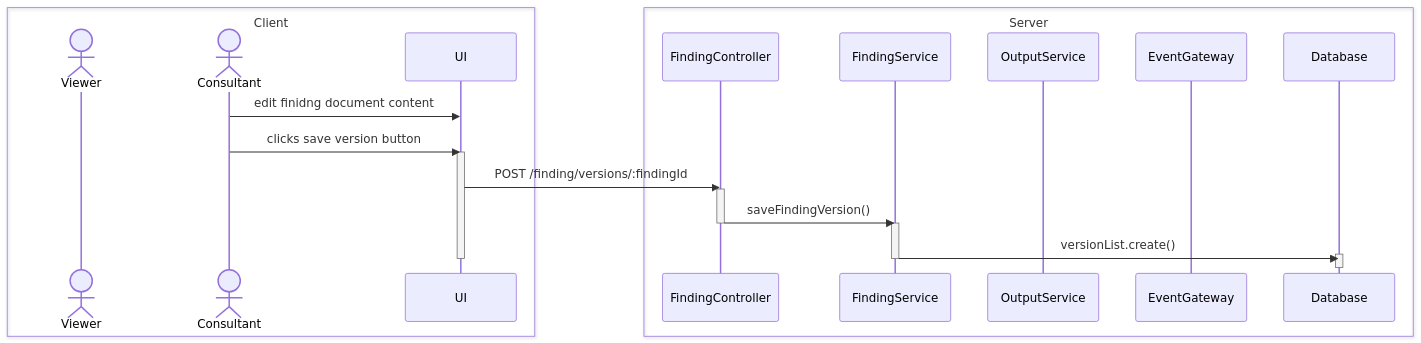
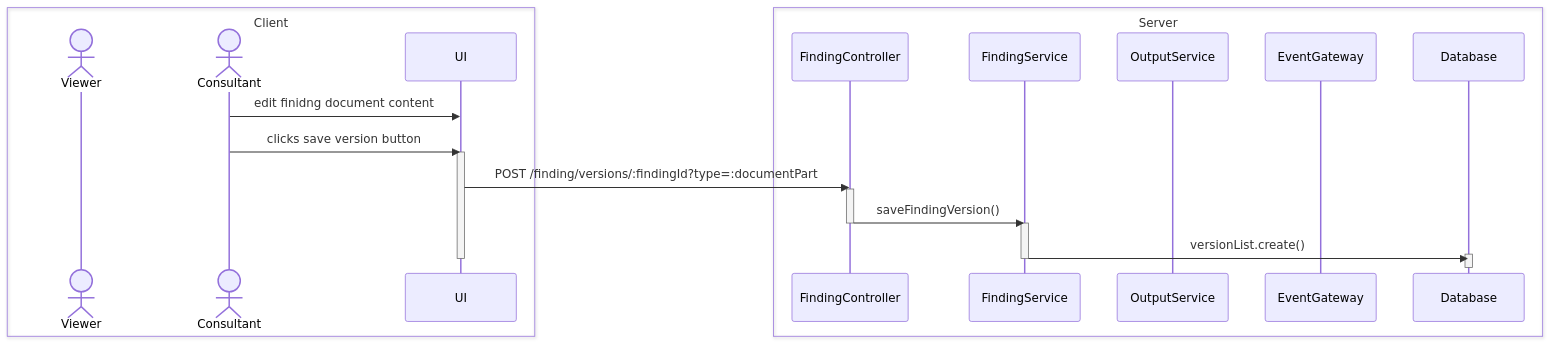
Before and after one commit to williamkmp/sectask-docs: the diagram in sequence-diagram/save-document.md, drawn with Mermaid. The commit also changed 1 other file, not shown here.

````diff
--- a/sequence-diagram/save-document.md
+++ b/sequence-diagram/save-document.md
@@ -3,35 +3,35 @@
 ```mermaid
 
     sequenceDiagram
 
         box Client
         actor Viewer
         actor Consultant
         participant UI
         end
 
         box Server
         participant FindingController
         participant FindingService
         participant OutputService
         participant EventGateway
         participant Database
         end
 
 
         Consultant->>UI: edit finidng document content
         Consultant->>UI: clicks save version button
         activate UI
-        UI->>FindingController: POST /finding/versions/:findingId
+        UI->>FindingController: POST /finding/versions/:findingId?type=:documentPart
         activate FindingController
         FindingController->>FindingService: saveFindingVersion()
         activate FindingService
         deactivate FindingController
         FindingService->>Database: versionList.create()
         activate Database
         deactivate Database
 
         deactivate UI
         deactivate FindingService
         
 ```
````
